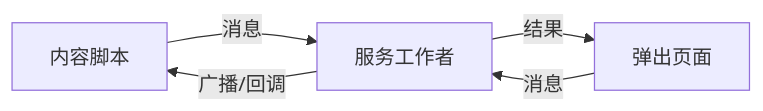
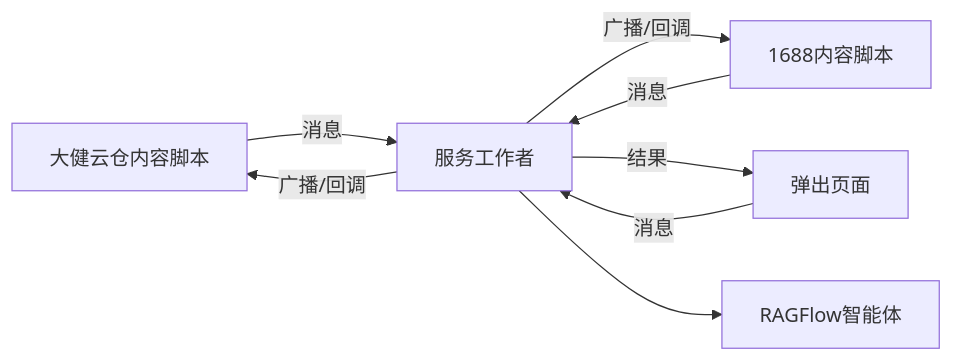
One commit to iljahofbauer219-lang/yandu changed the sixth of 6 diagrams in .qoder/repowiki/zh/content/浏览器扩展/浏览器扩展.md. Above: the diagram before and after it, drawn with Mermaid. The commit also changed other lines of this file and 3071 other files, not shown here.

````diff
--- a/.qoder/repowiki/zh/content/浏览器扩展/浏览器扩展.md
+++ b/.qoder/repowiki/zh/content/浏览器扩展/浏览器扩展.md
@@ -237,7 +265,10 @@
 ```mermaid
 graph LR
-CS["内容脚本"] -- "消息" --> SW["服务工作者"]
+CS1["大健云仓内容脚本"] -- "消息" --> SW["服务工作者"]
+CS2["1688内容脚本"] -- "消息" --> SW
 POP["弹出页面"] -- "消息" --> SW
-SW -- "广播/回调" --> CS
+SW -- "广播/回调" --> CS1
+SW -- "广播/回调" --> CS2
 SW -- "结果" --> POP
+SW --> RAG["RAGFlow智能体"]
 ```
````
